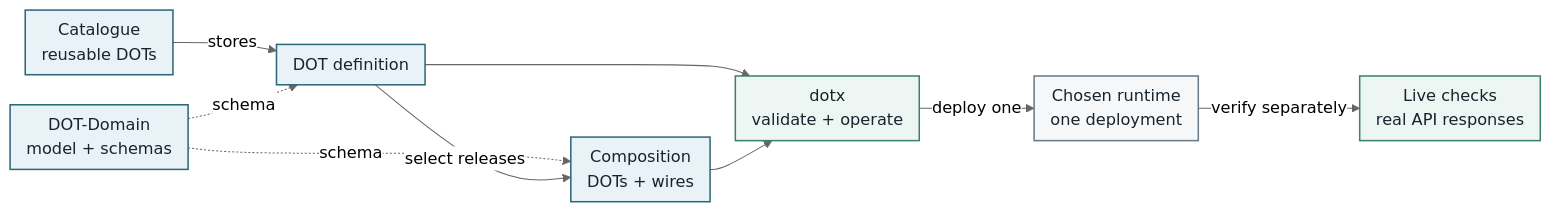
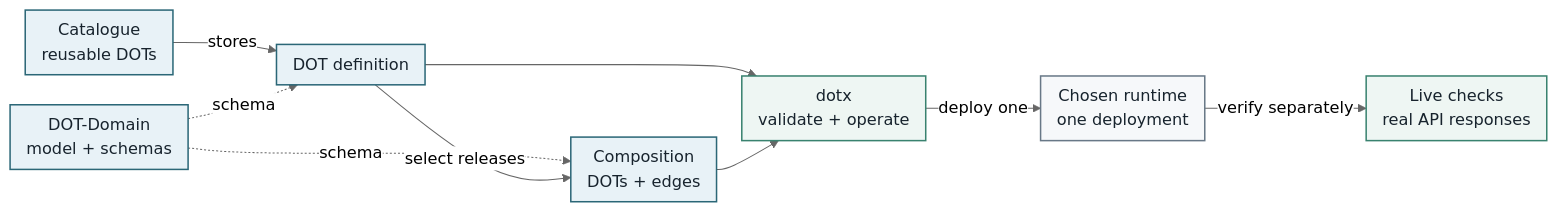
Before and after one commit to MARE-EU-Project/DOT-Docs: the diagram in DOT-Design/next/dot-design/_attachments/diagrams/dot-system-context.mmd, drawn with Mermaid (neutral theme). The commit also changed 257 other files, not shown here.

```diff
--- a/DOT-Design/next/dot-design/_attachments/diagrams/dot-system-context.mmd
+++ b/DOT-Design/next/dot-design/_attachments/diagrams/dot-system-context.mmd
@@ -1,34 +1,34 @@
 ---
 config:
   flowchart:
     nodeSpacing: 25
     rankSpacing: 25
     padding: 8
 ---
 flowchart LR
   accTitle: From a reusable DOT to a verified deployment
   accDescr: DOT-Domain generates the schemas. The catalogue stores reusable DOT definitions. A composition selects exact DOT releases and connects their Anchors. dotx validates the declarations and operates selected deployments. Live API checks are separate evidence, not a consequence of valid declarations.
 
   Domain["DOT-Domain<br/>model + schemas"]
   Catalogue["Catalogue<br/>reusable DOTs"]
   Dot["DOT definition"]
-  Composition["Composition<br/>DOTs + wires"]
+  Composition["Composition<br/>DOTs + edges"]
   CLI["dotx<br/>validate + operate"]
   Runtime["Chosen runtime<br/>one deployment"]
   Evidence["Live checks<br/>real API responses"]
 
   Catalogue -->|stores| Dot
   Domain -.->|schema| Dot
   Domain -.->|schema| Composition
   Dot -->|select releases| Composition
   Dot --> CLI
   Composition --> CLI
   CLI -->|deploy one| Runtime
   Runtime -->|verify separately| Evidence
 
   classDef definition fill:#e8f2f7,stroke:#2b6777,color:#17232d,stroke-width:1.5px;
   classDef operation fill:#eef6f3,stroke:#39826f,color:#17232d,stroke-width:1.5px;
   classDef runtime fill:#f6f8fa,stroke:#687887,color:#17232d,stroke-width:1.5px;
   class Domain,Catalogue,Dot,Composition definition;
   class CLI,Evidence operation;
   class Runtime runtime;
```
